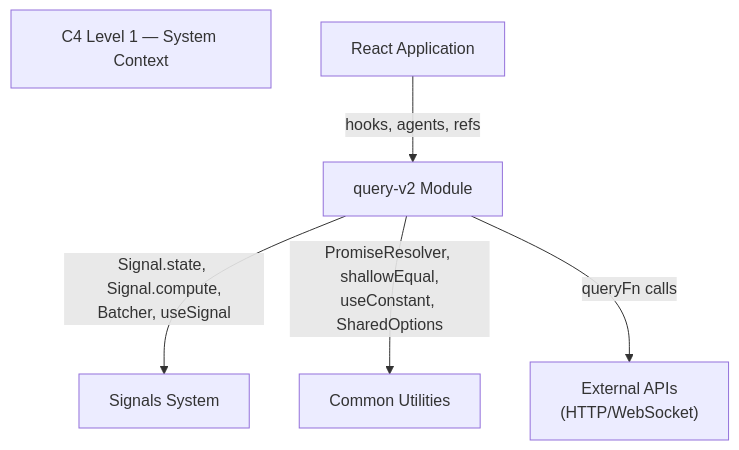
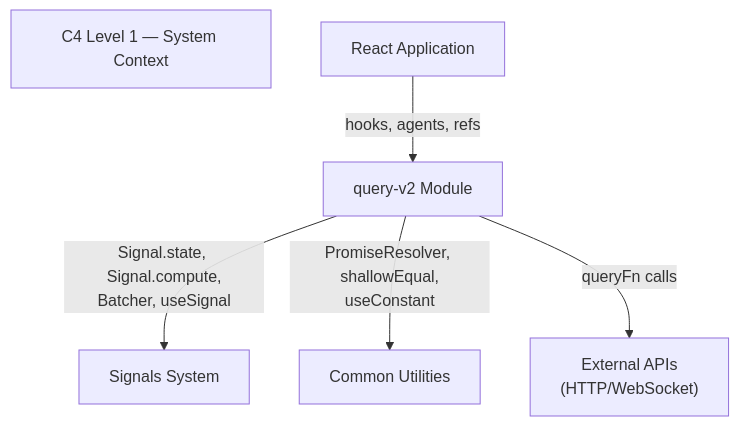
One commit to fozy-labs/rx-toolkit changed the first of 8 diagrams in .thoughts/2026-03-23-1400_query-v2-full-implementation/02-design/01-architecture.md. Above: the diagram before and after it, drawn with Mermaid. The commit also changed other lines of this file and 204 other files, not shown here.

````diff
--- a/.thoughts/2026-03-23-1400_query-v2-full-implementation/02-design/01-architecture.md
+++ b/.thoughts/2026-03-23-1400_query-v2-full-implementation/02-design/01-architecture.md
@@ -14,15 +14,15 @@
 ```mermaid
 graph TB
     title["C4 Level 1 — System Context"]
     
     User["React Application"]
     QV2["query-v2 Module"]
     SIG["Signals System"]
     COM["Common Utilities"]
     EXT["External APIs<br/>(HTTP/WebSocket)"]
     
     User -->|"hooks, agents, refs"| QV2
     QV2 -->|"Signal.state, Signal.compute,<br/>Batcher, useSignal"| SIG
-    QV2 -->|"PromiseResolver, shallowEqual,<br/>useConstant, SharedOptions"| COM
+    QV2 -->|"PromiseResolver, shallowEqual,<br/>useConstant"| COM
     QV2 -->|"queryFn calls"| EXT
 ```
````
